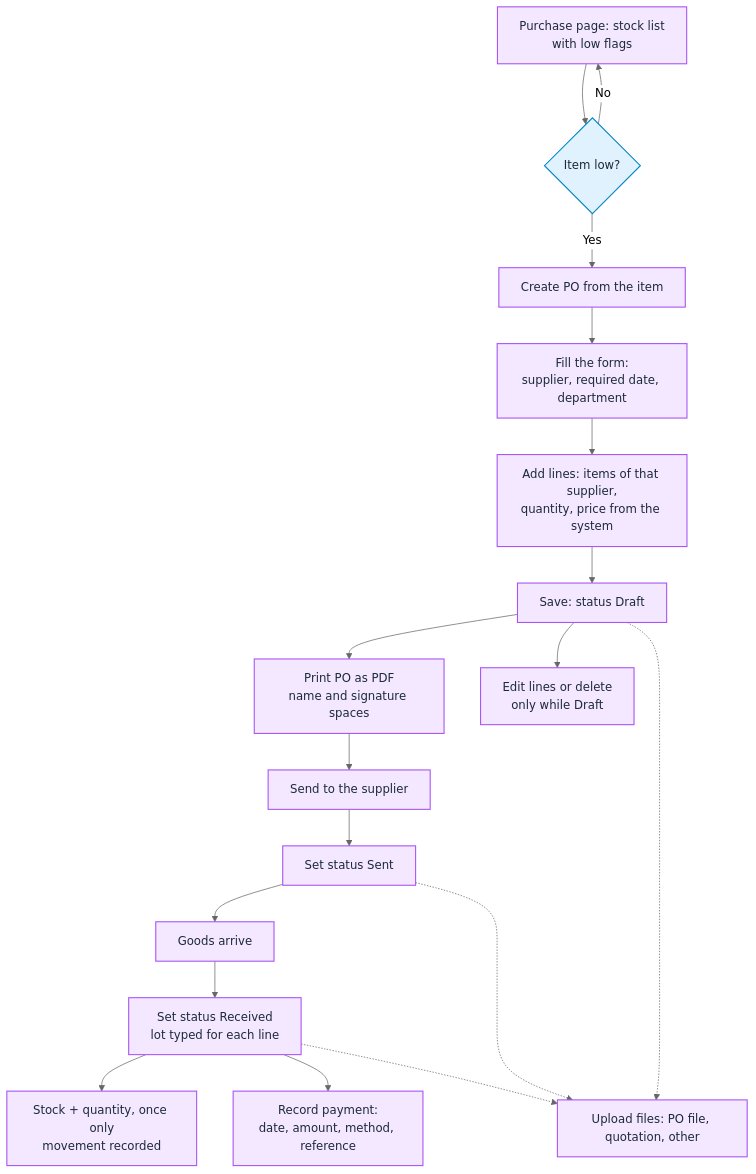
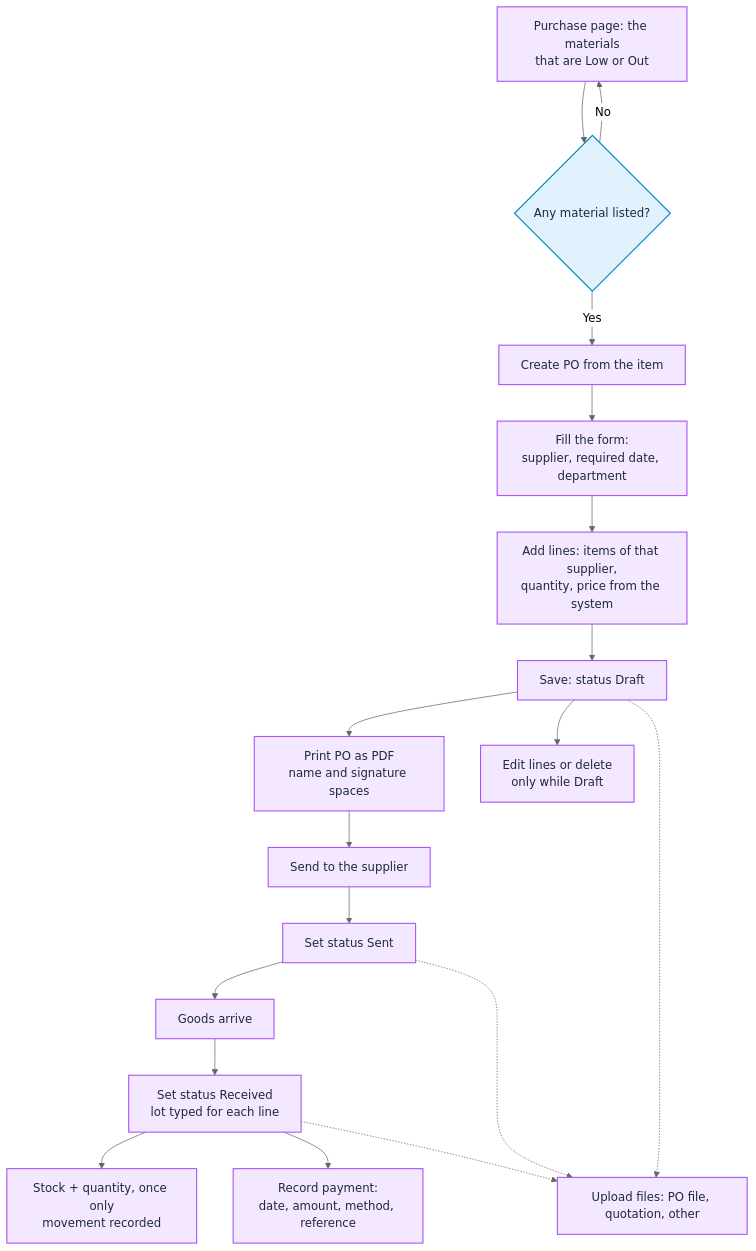
The eighth of 12 diagrams in docs/ProjectdocInfo/UserFlow/User Flow.md (Detmon0410/Base_Sample_ERP), drawn with Mermaid (neutral theme) before and after one commit. The commit also changed other lines of this file and 12 other files, not shown here.

Commit message:
Diagrams follow the system: Accounting has a supplier side, Sale Worker does not edit orders, products have no processes and Materials are in Stock, the Dashboard only has order tiles, the Purchase page lists Low or Out materials, no mock in the architecture

````diff
--- a/docs/ProjectdocInfo/UserFlow/User Flow.md
+++ b/docs/ProjectdocInfo/UserFlow/User Flow.md
@@ -174,25 +173,25 @@
 ```mermaid
 flowchart TD
     classDef startEnd fill:#1e1e1e,stroke:#1e1e1e,color:#ffffff,stroke-width:2px;
     classDef action fill:#f3e8ff,stroke:#a855f7,color:#1e293b,stroke-width:1.5px;
     classDef decision fill:#e0f2fe,stroke:#0284c7,color:#1e293b,stroke-width:1.5px;
     classDef error fill:#fee2e2,stroke:#ef4444,color:#991b1b,stroke-width:1.5px;
 
-    P1[Purchase page: stock list<br/>with low flags]:::action --> P2{Item low?}:::decision
+    P1[Purchase page: the materials<br/>that are Low or Out]:::action --> P2{Any material listed?}:::decision
     P2 -- No --> P1
     P2 -- Yes --> P3[Create PO from the item]:::action
     P3 --> P4[Fill the form:<br/>supplier, required date, department]:::action
     P4 --> P5[Add lines: items of that supplier,<br/>quantity, price from the system]:::action
     P5 --> P6[Save: status Draft]:::action
     P6 --> P8[Print PO as PDF<br/>name and signature spaces]:::action
     P6 --> P7[Edit lines or delete<br/>only while Draft]:::action
     P8 --> P9[Send to the supplier]:::action
     P9 --> P10[Set status Sent]:::action
     P10 --> P11[Goods arrive]:::action
     P11 --> P12[Set status Received<br/>lot typed for each line]:::action
     P12 --> P13[Stock + quantity, once only<br/>movement recorded]:::action
     P12 --> P14[Record payment:<br/>date, amount, method, reference]:::action
     P6 -.-> F[Upload files: PO file, quotation, other]:::action
     P10 -.-> F
     P12 -.-> F
 ```
````
